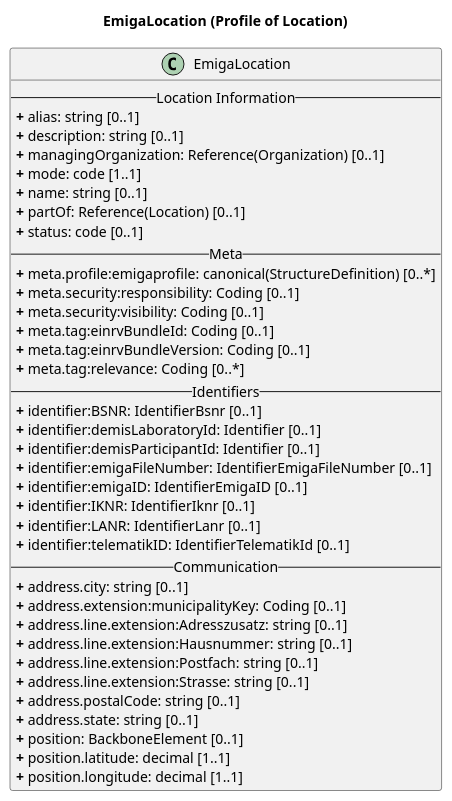
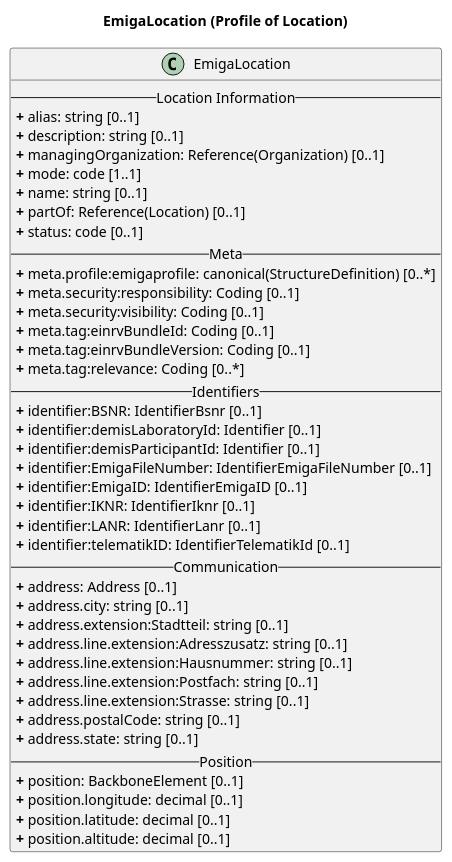
Before and after one commit to robert-koch-institut/rki.emiga.vzd: the diagram in rki.emiga.vzd/guides/implementationguides.vzd/PlantUML/Location.puml, drawn with PlantUML. The commit also changed 18 other files, not shown here.

```diff
--- a/rki.emiga.vzd/guides/implementationguides.vzd/PlantUML/Location.puml
+++ b/rki.emiga.vzd/guides/implementationguides.vzd/PlantUML/Location.puml
@@ -1,46 +1,49 @@
 @startuml
 skinparam linetype ortho
 
 title EmigaLocation (Profile of Location)
 
 ' Main Class
 class EmigaLocation{
 -- Location Information --
 <b>+</b> alias: string [0..1]
 <b>+</b> description: string [0..1]
 <b>+</b> managingOrganization: Reference(Organization) [0..1]
 <b>+</b> mode: code [1..1]
 <b>+</b> name: string [0..1]
 <b>+</b> partOf: Reference(Location) [0..1]
 <b>+</b> status: code [0..1]
 -- Meta --
 <b>+</b> meta.profile:emigaprofile: canonical(StructureDefinition) [0..*]
 <b>+</b> meta.security:responsibility: Coding [0..1]
 <b>+</b> meta.security:visibility: Coding [0..1]
 <b>+</b> meta.tag:einrvBundleId: Coding [0..1]
 <b>+</b> meta.tag:einrvBundleVersion: Coding [0..1]
 <b>+</b> meta.tag:relevance: Coding [0..*]
 -- Identifiers --
-<b>+</b> identifier:BSNR: IdentifierBsnr [0..1] 
+<b>+</b> identifier:BSNR: IdentifierBsnr [0..1]
 <b>+</b> identifier:demisLaboratoryId: Identifier [0..1]
 <b>+</b> identifier:demisParticipantId: Identifier [0..1]
-<b>+</b> identifier:emigaFileNumber: IdentifierEmigaFileNumber [0..1]
-<b>+</b> identifier:emigaID: IdentifierEmigaID [0..1]
+<b>+</b> identifier:EmigaFileNumber: IdentifierEmigaFileNumber [0..1]
+<b>+</b> identifier:EmigaID: IdentifierEmigaID [0..1]
 <b>+</b> identifier:IKNR: IdentifierIknr [0..1]
 <b>+</b> identifier:LANR: IdentifierLanr [0..1]
 <b>+</b> identifier:telematikID: IdentifierTelematikId [0..1]
 -- Communication --
+<b>+</b> address: Address [0..1]
 <b>+</b> address.city: string [0..1]
-<b>+</b> address.extension:municipalityKey: Coding [0..1]
+<b>+</b> address.extension:Stadtteil: string [0..1]
 <b>+</b> address.line.extension:Adresszusatz: string [0..1]
 <b>+</b> address.line.extension:Hausnummer: string [0..1]
 <b>+</b> address.line.extension:Postfach: string [0..1]
 <b>+</b> address.line.extension:Strasse: string [0..1]
 <b>+</b> address.postalCode: string [0..1]
 <b>+</b> address.state: string [0..1]
+-- Position --
 <b>+</b> position: BackboneElement [0..1]
-<b>+</b> position.latitude: decimal [1..1]
-<b>+</b> position.longitude: decimal [1..1]
+<b>+</b> position.longitude: decimal [0..1]
+<b>+</b> position.latitude: decimal [0..1]
+<b>+</b> position.altitude: decimal [0..1]
 }
 
 @enduml
```
